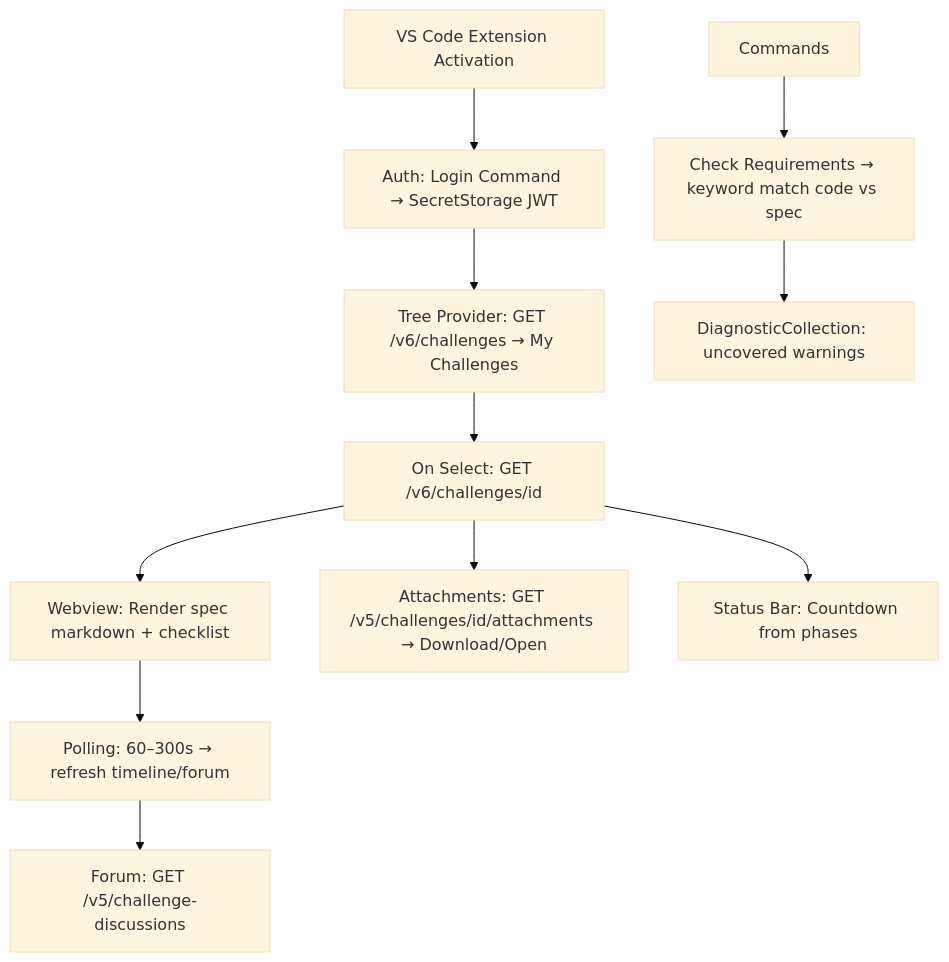
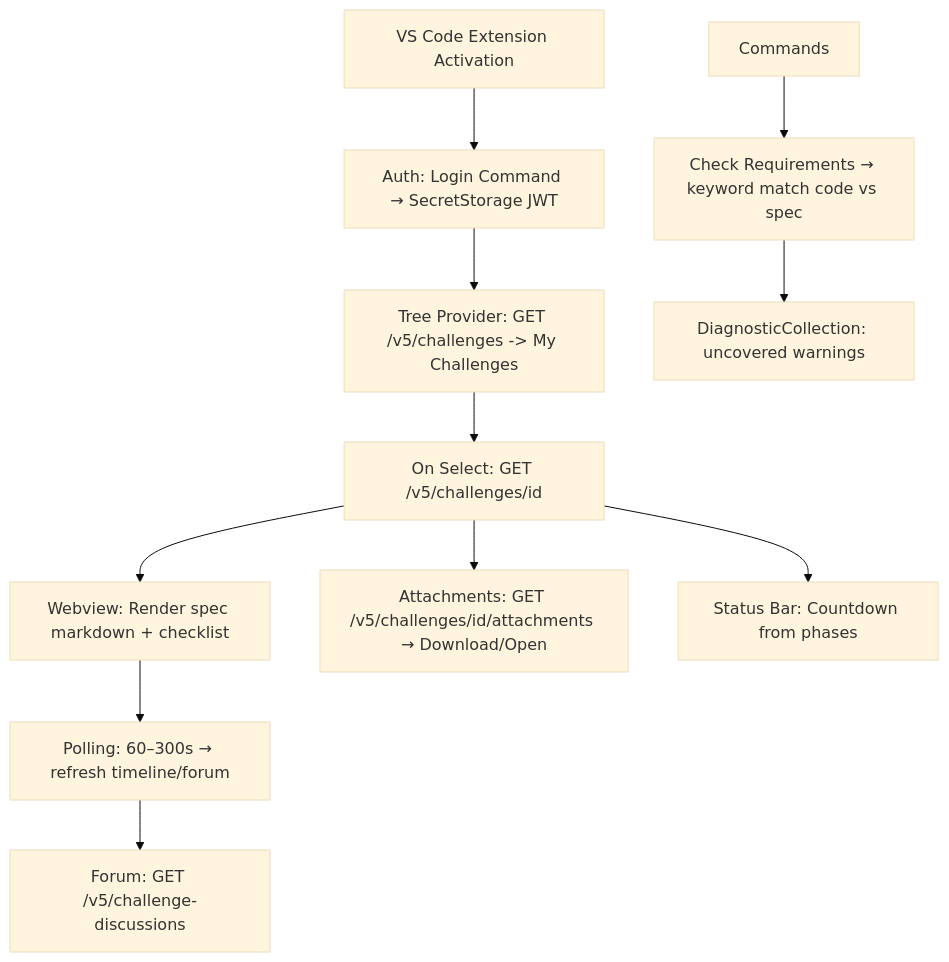
Before and after one commit to mirzailhami/tc-vscode-ideation: the first of 3 diagrams in architecture.md, drawn with Mermaid (base theme). The commit also changed other lines of this file and 6 other files, not shown here.

First line of the commit message:
Updates: API appendix with sample payloads, edge-state wireframes (WF7), end-to-end flow map, traceability matrix, quality gates, normalized v5 endpoints

````diff
--- a/architecture.md
+++ b/architecture.md
@@ -9,13 +9,13 @@
 ```mermaid
 graph TD
     A[VS Code Extension Activation] --> B[Auth: Login Command → SecretStorage JWT]
-    B --> C[Tree Provider: GET /v6/challenges → My Challenges]
-    C --> D[On Select: GET /v6/challenges/id]
+    B --> C[Tree Provider: GET /v5/challenges -> My Challenges]
+    C --> D[On Select: GET /v5/challenges/id]
     D --> E[Webview: Render spec markdown + checklist]
     D --> F[Attachments: GET /v5/challenges/id/attachments → Download/Open]
     D --> G[Status Bar: Countdown from phases]
     E --> H[Polling: 60–300s → refresh timeline/forum]
     I[Commands] --> J[Check Requirements → keyword match code vs spec]
     J --> K[DiagnosticCollection: uncovered warnings]
     H --> L[Forum: GET /v5/challenge-discussions]
 ```
````
